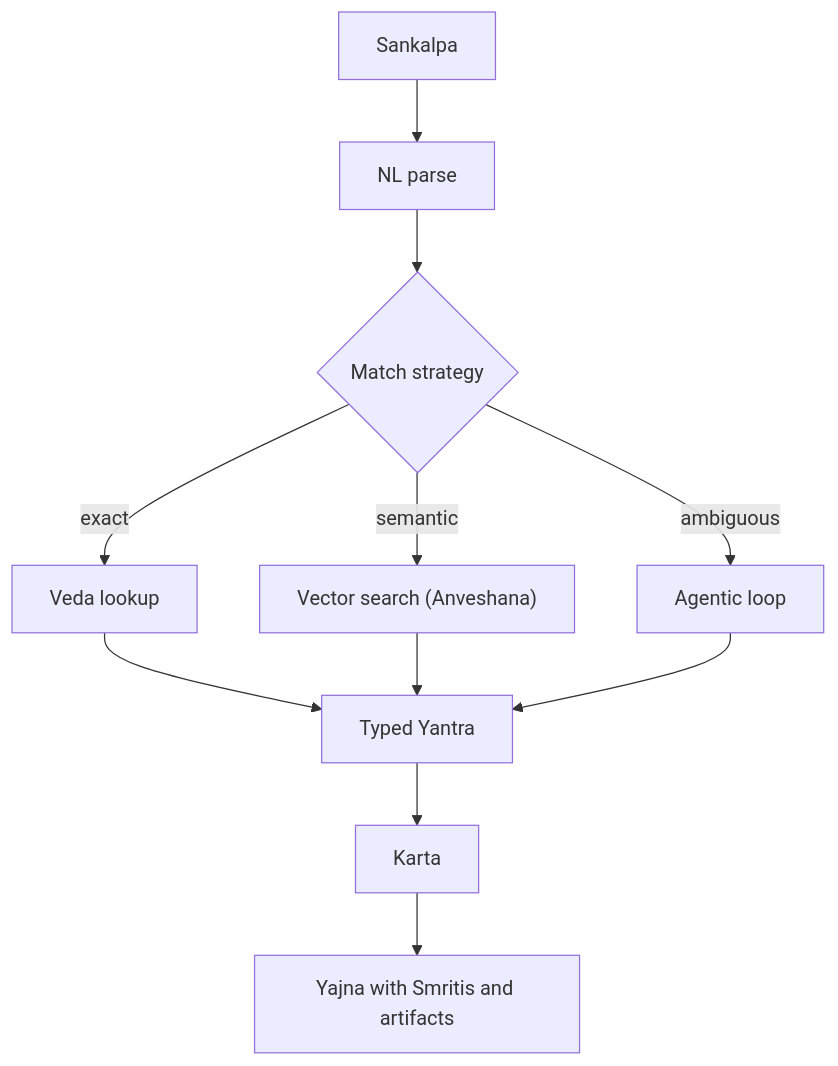
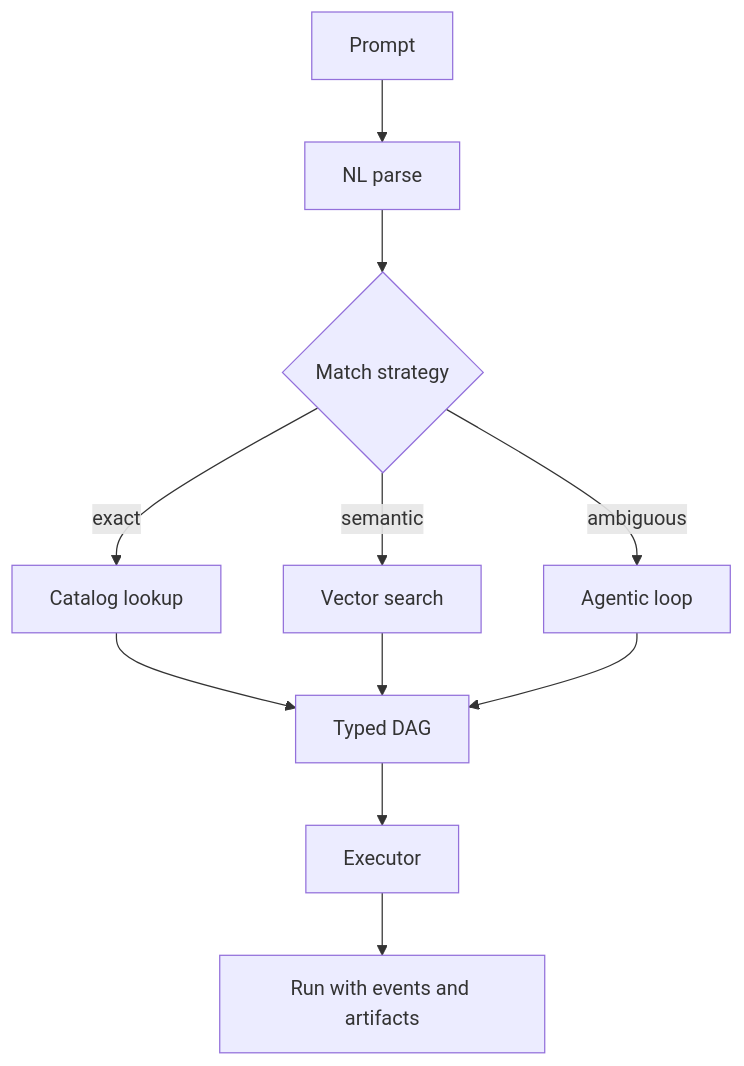
Before and after one commit to so-weak/Aakaar: the second of 4 diagrams in documentation/src/01-HLD.md, drawn with Mermaid. The commit also changed other lines of this file and 23 other files, not shown here.

````diff
--- a/documentation/src/01-HLD.md
+++ b/documentation/src/01-HLD.md
@@ -83,13 +106,13 @@
 ```mermaid
 flowchart TD
-  P["Sankalpa"] --> N["NL parse"]
+  P["Prompt"] --> N["NL parse"]
   N --> M{"Match strategy"}
-  M -->|"exact"| C["Veda lookup"]
-  M -->|"semantic"| V["Vector search (Anveshana)"]
+  M -->|"exact"| C["Catalog lookup"]
+  M -->|"semantic"| V["Vector search"]
   M -->|"ambiguous"| A["Agentic loop"]
-  C --> D["Typed Yantra"]
+  C --> D["Typed DAG"]
   V --> D
   A --> D
-  D --> X["Karta"]
-  X --> R["Yajna with Smritis and artifacts"]
+  D --> X["Executor"]
+  X --> R["Run with events and artifacts"]
 ```
````
